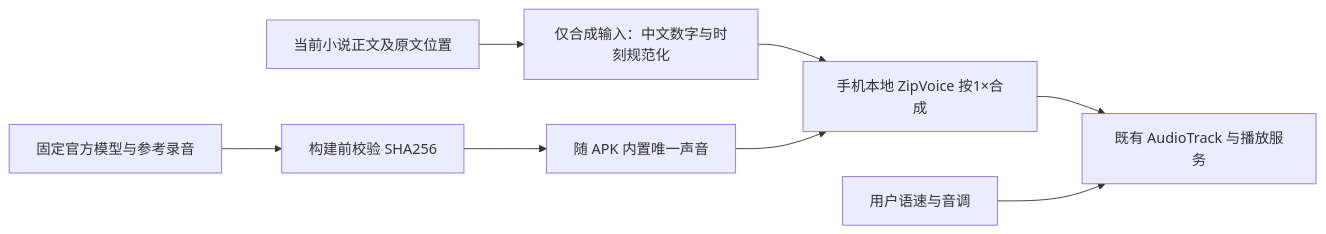
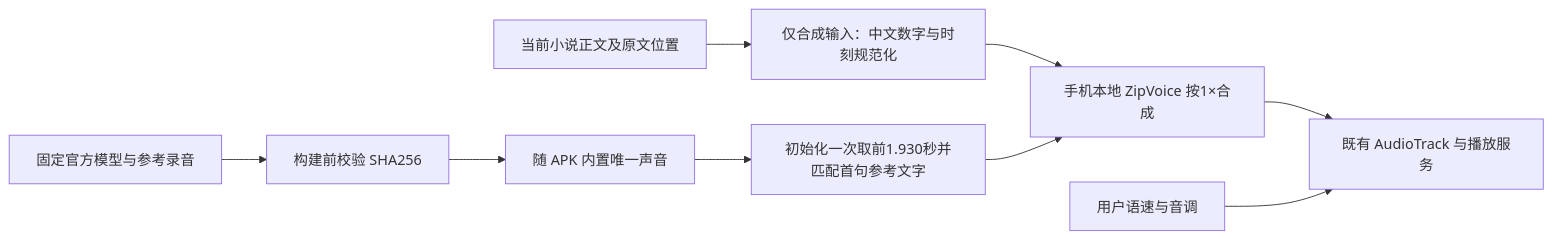
The diagram in docs/knowledge/offline-voice-dependencies.md (longerlsx/story_app), drawn with Mermaid before and after one commit. The commit also changed other lines of this file and 1 other file, not shown here.

````diff
--- a/docs/knowledge/offline-voice-dependencies.md
+++ b/docs/knowledge/offline-voice-dependencies.md
@@ -22,10 +22,11 @@
 ```mermaid
 flowchart LR
     S[固定官方模型与参考录音] --> H[构建前校验 SHA256]
     H --> A[随 APK 内置唯一声音]
     T[当前小说正文及原文位置] --> N[仅合成输入：中文数字与时刻规范化]
     N --> G[手机本地 ZipVoice 按1×合成]
-    A --> G
+    A --> C[初始化一次取前1.930秒并匹配首句参考文字]
+    C --> G
     G --> P[既有 AudioTrack 与播放服务]
     R[用户语速与音调] --> P
 ```
````
